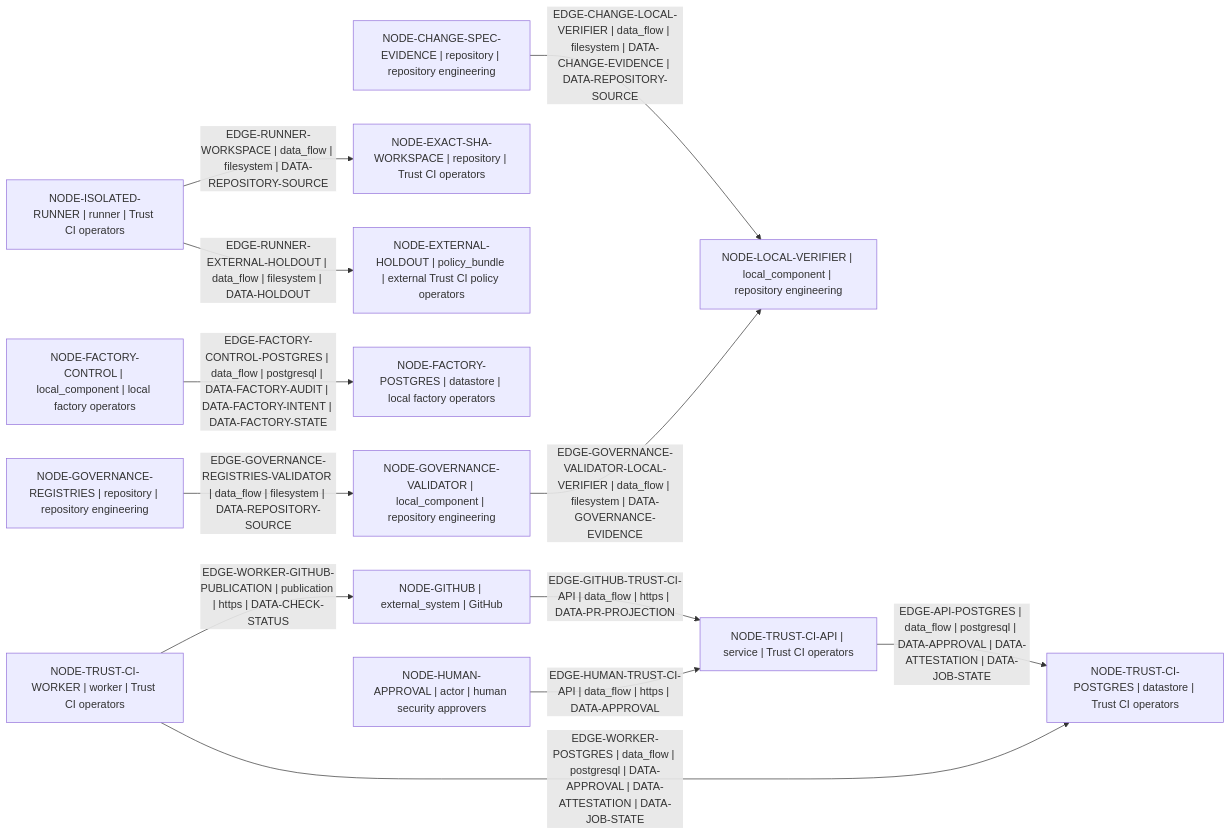
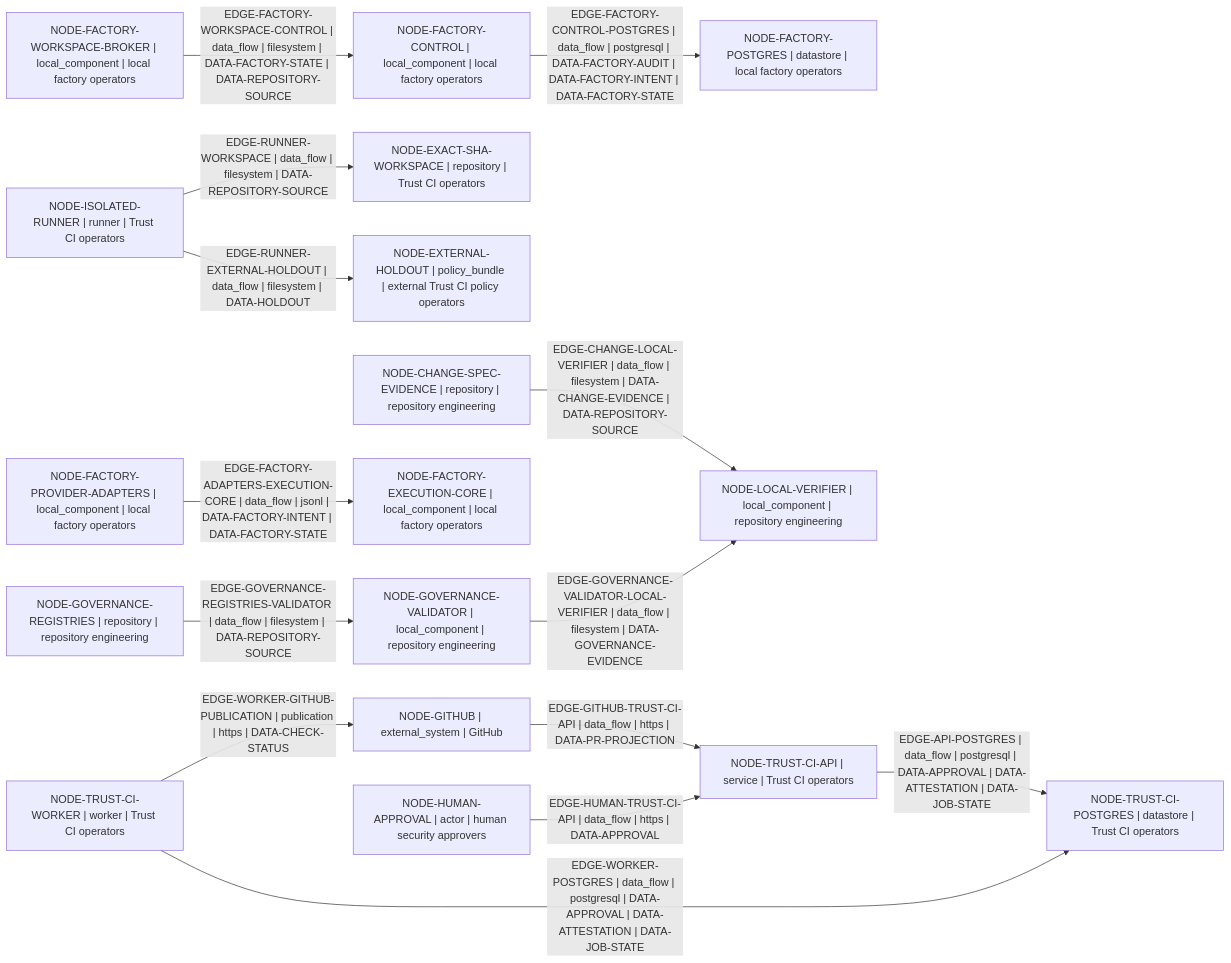
Before and after one commit to Dimkox/adaptive-grok-build-pro: the diagram in architecture/generated/data-flow.mmd, drawn with Mermaid. The commit also changed 7 other files, not shown here.

Commit message:
fix(architecture): own M5 execution boundaries

```diff
--- a/architecture/generated/data-flow.mmd
+++ b/architecture/generated/data-flow.mmd
@@ -1,26 +1,31 @@
 flowchart LR
   node_8938bd3db1932751["NODE-CHANGE-SPEC-EVIDENCE | repository | repository engineering"]
   node_2e8a7072de3f3743["NODE-EXACT-SHA-WORKSPACE | repository | Trust CI operators"]
   node_0a0fe2f046a648e9["NODE-EXTERNAL-HOLDOUT | policy_bundle | external Trust CI policy operators"]
   node_a6c166e55f8e1784["NODE-FACTORY-CONTROL | local_component | local factory operators"]
+  node_0a087cfaed95a8ad["NODE-FACTORY-EXECUTION-CORE | local_component | local factory operators"]
   node_a77de286f8308fd4["NODE-FACTORY-POSTGRES | datastore | local factory operators"]
+  node_fae11f6a95d982dc["NODE-FACTORY-PROVIDER-ADAPTERS | local_component | local factory operators"]
+  node_23f89cd7152cc030["NODE-FACTORY-WORKSPACE-BROKER | local_component | local factory operators"]
   node_8b8a8cd21b180532["NODE-GITHUB | external_system | GitHub"]
   node_dfd1104494c6ab8f["NODE-GOVERNANCE-REGISTRIES | repository | repository engineering"]
   node_23677f8757246623["NODE-GOVERNANCE-VALIDATOR | local_component | repository engineering"]
   node_e4e37173e410ad23["NODE-HUMAN-APPROVAL | actor | human security approvers"]
   node_1c3a10ba26a8e80d["NODE-ISOLATED-RUNNER | runner | Trust CI operators"]
   node_23bed8fcbfc79861["NODE-LOCAL-VERIFIER | local_component | repository engineering"]
   node_d0e570b2fbe52f98["NODE-TRUST-CI-API | service | Trust CI operators"]
   node_1a6c7efb2d08591b["NODE-TRUST-CI-POSTGRES | datastore | Trust CI operators"]
   node_070dda93443dcc1f["NODE-TRUST-CI-WORKER | worker | Trust CI operators"]
   node_d0e570b2fbe52f98 -->|"EDGE-API-POSTGRES | data_flow | postgresql | DATA-APPROVAL | DATA-ATTESTATION | DATA-JOB-STATE"| node_1a6c7efb2d08591b
   node_8938bd3db1932751 -->|"EDGE-CHANGE-LOCAL-VERIFIER | data_flow | filesystem | DATA-CHANGE-EVIDENCE | DATA-REPOSITORY-SOURCE"| node_23bed8fcbfc79861
+  node_fae11f6a95d982dc -->|"EDGE-FACTORY-ADAPTERS-EXECUTION-CORE | data_flow | jsonl | DATA-FACTORY-INTENT | DATA-FACTORY-STATE"| node_0a087cfaed95a8ad
   node_a6c166e55f8e1784 -->|"EDGE-FACTORY-CONTROL-POSTGRES | data_flow | postgresql | DATA-FACTORY-AUDIT | DATA-FACTORY-INTENT | DATA-FACTORY-STATE"| node_a77de286f8308fd4
+  node_23f89cd7152cc030 -->|"EDGE-FACTORY-WORKSPACE-CONTROL | data_flow | filesystem | DATA-FACTORY-STATE | DATA-REPOSITORY-SOURCE"| node_a6c166e55f8e1784
   node_8b8a8cd21b180532 -->|"EDGE-GITHUB-TRUST-CI-API | data_flow | https | DATA-PR-PROJECTION"| node_d0e570b2fbe52f98
   node_dfd1104494c6ab8f -->|"EDGE-GOVERNANCE-REGISTRIES-VALIDATOR | data_flow | filesystem | DATA-REPOSITORY-SOURCE"| node_23677f8757246623
   node_23677f8757246623 -->|"EDGE-GOVERNANCE-VALIDATOR-LOCAL-VERIFIER | data_flow | filesystem | DATA-GOVERNANCE-EVIDENCE"| node_23bed8fcbfc79861
   node_e4e37173e410ad23 -->|"EDGE-HUMAN-TRUST-CI-API | data_flow | https | DATA-APPROVAL"| node_d0e570b2fbe52f98
   node_1c3a10ba26a8e80d -->|"EDGE-RUNNER-EXTERNAL-HOLDOUT | data_flow | filesystem | DATA-HOLDOUT"| node_0a0fe2f046a648e9
   node_1c3a10ba26a8e80d -->|"EDGE-RUNNER-WORKSPACE | data_flow | filesystem | DATA-REPOSITORY-SOURCE"| node_2e8a7072de3f3743
   node_070dda93443dcc1f -->|"EDGE-WORKER-GITHUB-PUBLICATION | publication | https | DATA-CHECK-STATUS"| node_8b8a8cd21b180532
   node_070dda93443dcc1f -->|"EDGE-WORKER-POSTGRES | data_flow | postgresql | DATA-APPROVAL | DATA-ATTESTATION | DATA-JOB-STATE"| node_1a6c7efb2d08591b
```
